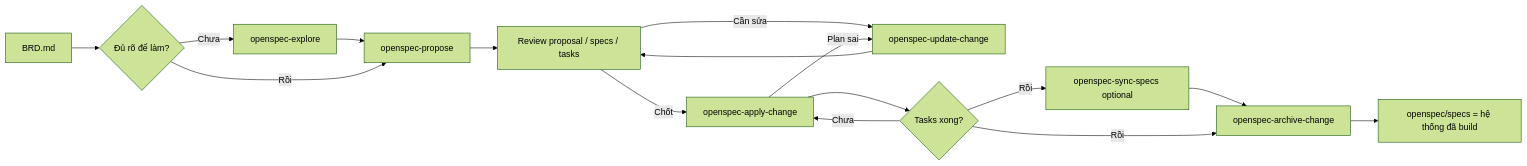
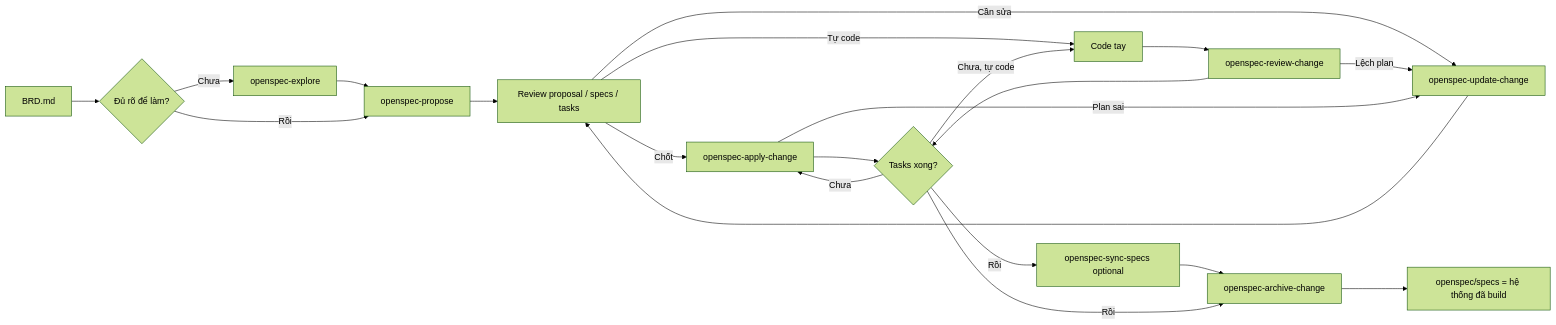
One commit to HoangDanh17/Kasio-Docs changed the diagram in docs/process/Flow.md. Above: the diagram before and after it, drawn with Mermaid (forest theme). The commit also changed other lines of this file, not shown here.

First line of the commit message:
docs(process): add review-change skill to flow

````diff
--- a/docs/process/Flow.md
+++ b/docs/process/Flow.md
@@ -184,18 +185,23 @@
 ```mermaid
 flowchart LR
   B[BRD.md] --> Q{Đủ rõ để làm?}
   Q -- Chưa --> E[openspec-explore]
   E --> P[openspec-propose]
   Q -- Rồi --> P
   P --> R[Review proposal / specs / tasks]
   R -- Cần sửa --> U[openspec-update-change]
   U --> R
   R -- Chốt --> A[openspec-apply-change]
+  R -- Tự code --> W[Code tay]
+  W --> V[openspec-review-change]
+  V -- Lệch plan --> U
   A -- Plan sai --> U
   A --> D{Tasks xong?}
+  V --> D
   D -- Chưa --> A
+  D -- "Chưa, tự code" --> W
   D -- Rồi --> S[openspec-sync-specs optional]
   S --> AR[openspec-archive-change]
   D -- Rồi --> AR
   AR --> M[openspec/specs = hệ thống đã build]
 ```
````
